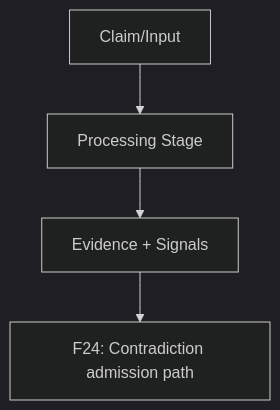
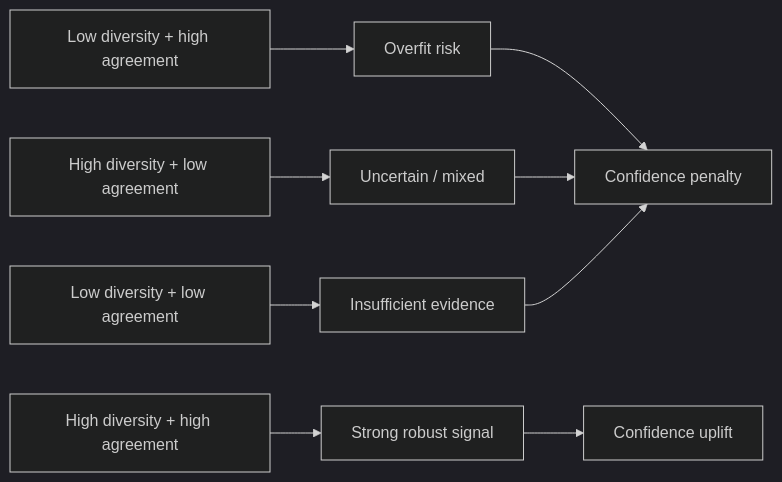
The seventh of 8 diagrams in methodology/figures/04-ranking-trust-and-evidence-quality-pack.md (Luxia-AI/docs), drawn with Mermaid (dark theme) before and after one commit. The commit also changed other lines of this file and 9 other files, not shown here.

First line of the commit message:
Refactor methodology figures with updated Mermaid diagrams and enhanced clarity across multiple packs. Key changes include:

````diff
--- a/methodology/figures/04-ranking-trust-and-evidence-quality-pack.md
+++ b/methodology/figures/04-ranking-trust-and-evidence-quality-pack.md
@@ -153,6 +209,11 @@
 ```mermaid
-flowchart TD
-    A[Claim/Input] --> B[Processing Stage]
-    B --> C[Evidence + Signals]
-    C --> D[F24: Contradiction admission path]
+flowchart LR
+  A[Low diversity + high agreement] --> Z1[Overfit risk]
+  B[High diversity + high agreement] --> Z2[Strong robust signal]
+  C[High diversity + low agreement] --> Z3[Uncertain / mixed]
+  D[Low diversity + low agreement] --> Z4[Insufficient evidence]
+  Z1 --> P[Confidence penalty]
+  Z3 --> P
+  Z4 --> P
+  Z2 --> Q[Confidence uplift]
 ```
````
